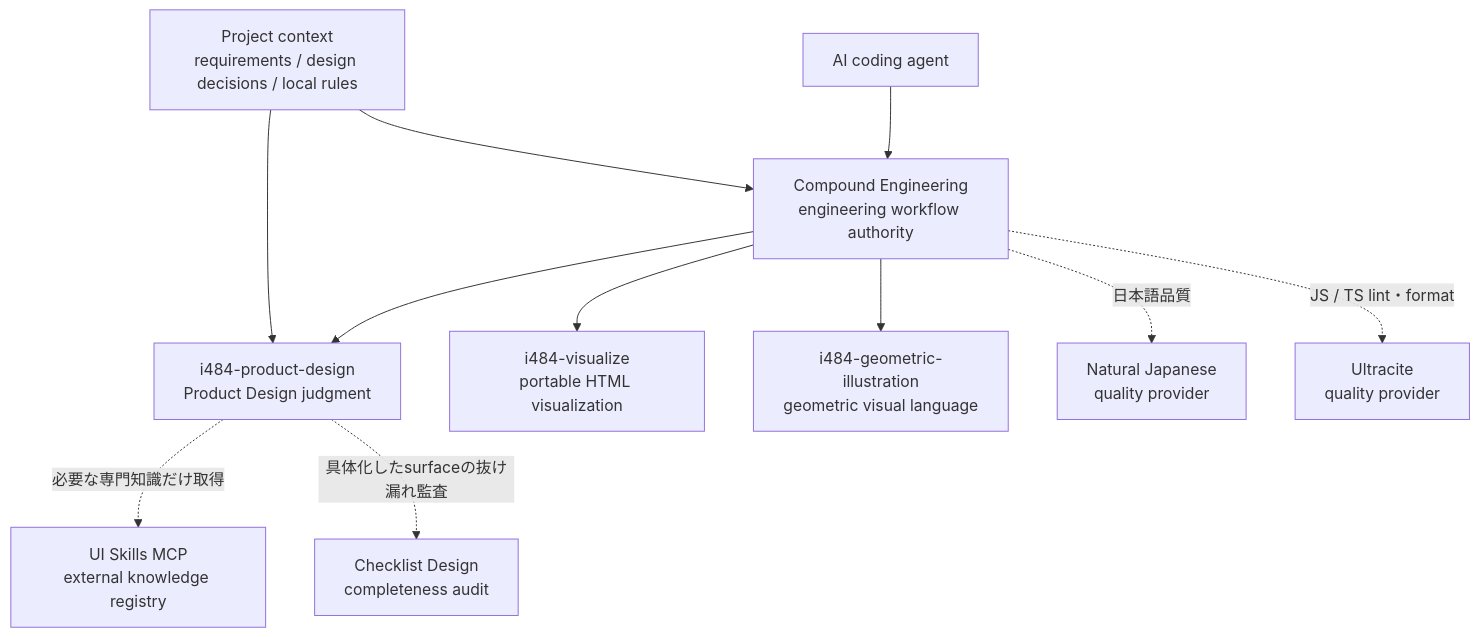
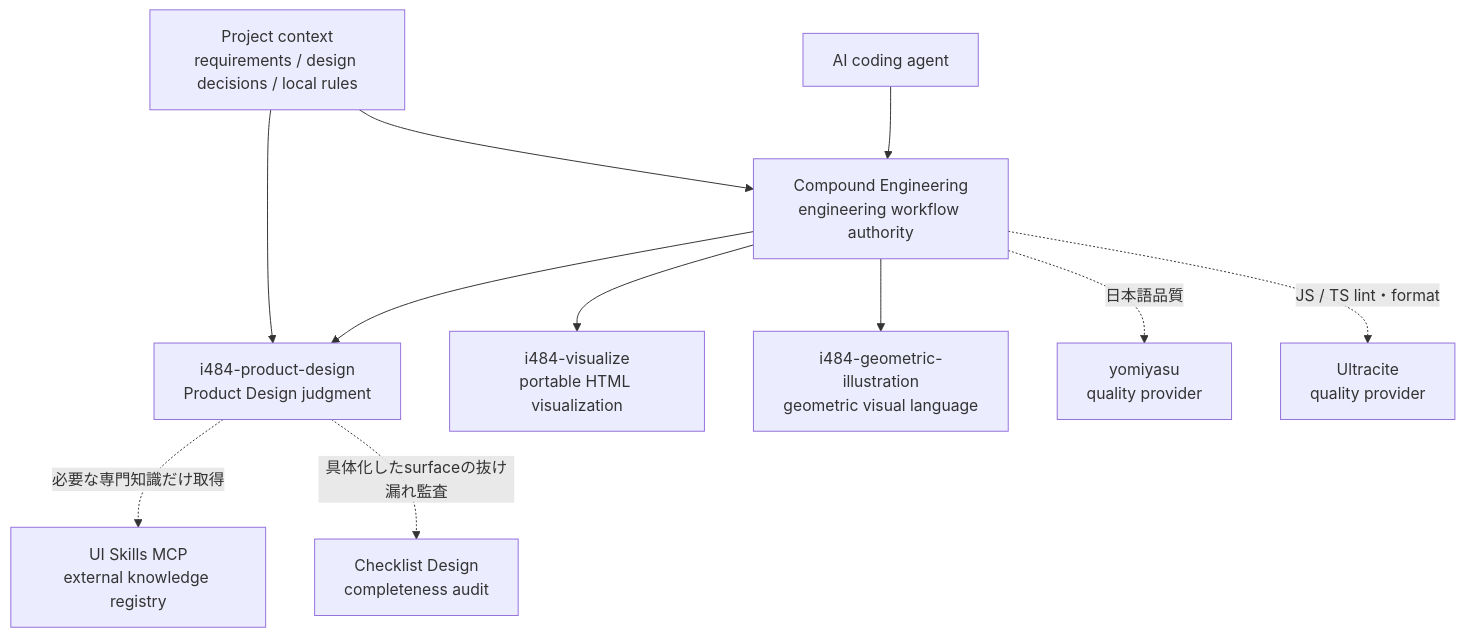
One commit to ishibashi-c/i484-engineering changed the first of 2 diagrams in README.md. Above: the diagram before and after it, drawn with Mermaid. The commit also changed other lines of this file and 3 other files, not shown here.

````diff
--- a/README.md
+++ b/README.md
@@ -25,17 +29,17 @@
 ```mermaid
 flowchart TB
     Agent["AI coding agent"] --> CE["Compound Engineering<br/>engineering workflow authority"]
 
     CE --> PD["i484-product-design<br/>Product Design judgment"]
     CE --> VIZ["i484-visualize<br/>portable HTML visualization"]
     CE --> GEO["i484-geometric-illustration<br/>geometric visual language"]
 
     PD -. "必要な専門知識だけ取得" .-> UIS["UI Skills MCP<br/>external knowledge registry"]
     PD -. "具体化したsurfaceの抜け漏れ監査" .-> CD["Checklist Design<br/>completeness audit"]
 
-    CE -. "日本語品質" .-> NJ["Natural Japanese<br/>quality provider"]
+    CE -. "日本語品質" .-> YOMI["yomiyasu<br/>quality provider"]
     CE -. "JS / TS lint・format" .-> UL["Ultracite<br/>quality provider"]
 
     Project["Project context<br/>requirements / design decisions / local rules"] --> CE
     Project --> PD
 ```
````
